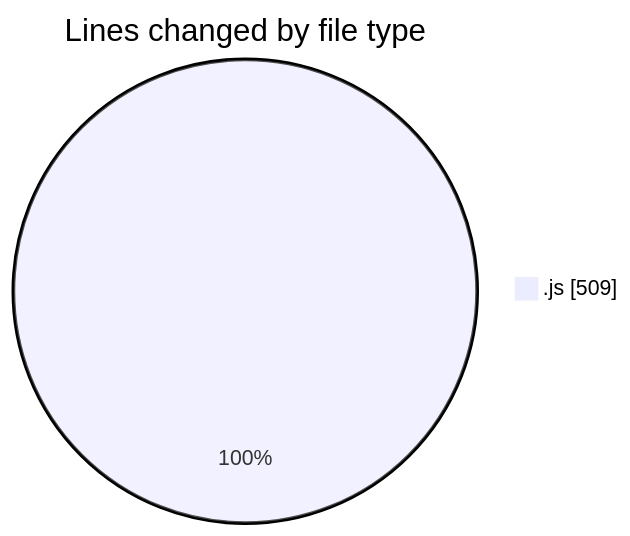
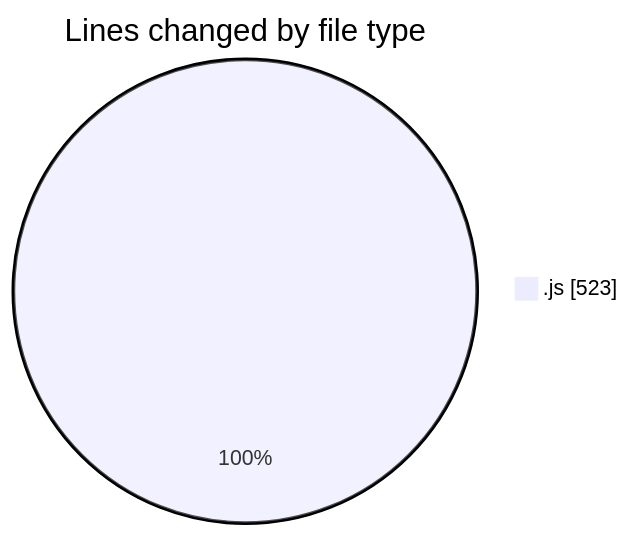
Before and after one commit to nxtqubesakshisongat/code-tracking: the first of 2 diagrams in 2025-04-08/nxtqube_webapp/README.md, drawn with Mermaid. The commit also changed other lines of this file and 1 other file, not shown here.

````diff
--- a/2025-04-08/nxtqube_webapp/README.md
+++ b/2025-04-08/nxtqube_webapp/README.md
@@ -22,5 +22,5 @@
 ```mermaid
 pie showData
 title Lines changed by file type
-".js" : 509
+".js" : 523
 ```
````
